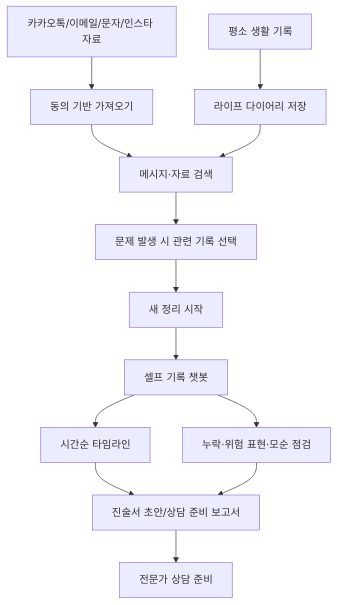
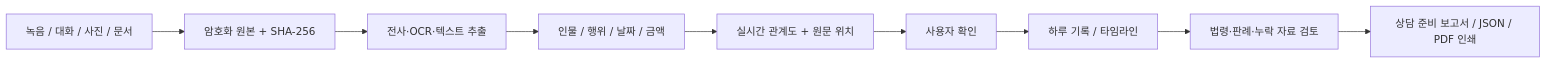
One commit to yhkwon2004/FACTLINE changed the first of 3 diagrams in README.md. Above: the diagram before and after it, drawn with Mermaid. The commit also changed other lines of this file and 204 other files, not shown here.

````diff
--- a/README.md
+++ b/README.md
@@ -56,15 +11,11 @@
-```mermaid
-flowchart TD
-  A["평소 생활 기록"] --> B["라이프 다이어리 저장"]
-  C["카카오톡/이메일/문자/인스타 자료"] --> D["동의 기반 가져오기"]
-  D --> E["메시지·자료 검색"]
-  B --> E
-  E --> F["문제 발생 시 관련 기록 선택"]
-  F --> G["새 정리 시작"]
-  G --> H["셀프 기록 챗봇"]
-  H --> I["시간순 타임라인"]
-  H --> J["누락·위험 표현·모순 점검"]
-  I --> K["진술서 초안/상담 준비 보고서"]
-  J --> K
-  K --> L["전문가 상담 준비"]
-```
+~~~mermaid
+flowchart LR
+ A["녹음 / 대화 / 사진 / 문서"] --> B["암호화 원본 + SHA-256"]
+ B --> C["전사·OCR·텍스트 추출"]
+ C --> D["인물 / 행위 / 날짜 / 금액"]
+ D --> E["실시간 관계도 + 원문 위치"]
+ E --> F["사용자 확인"]
+ F --> G["하루 기록 / 타임라인"]
+ G --> H["법령·판례·누락 자료 검토"]
+ H --> I["상담 준비 보고서 / JSON / PDF 인쇄"]
+~~~
````
